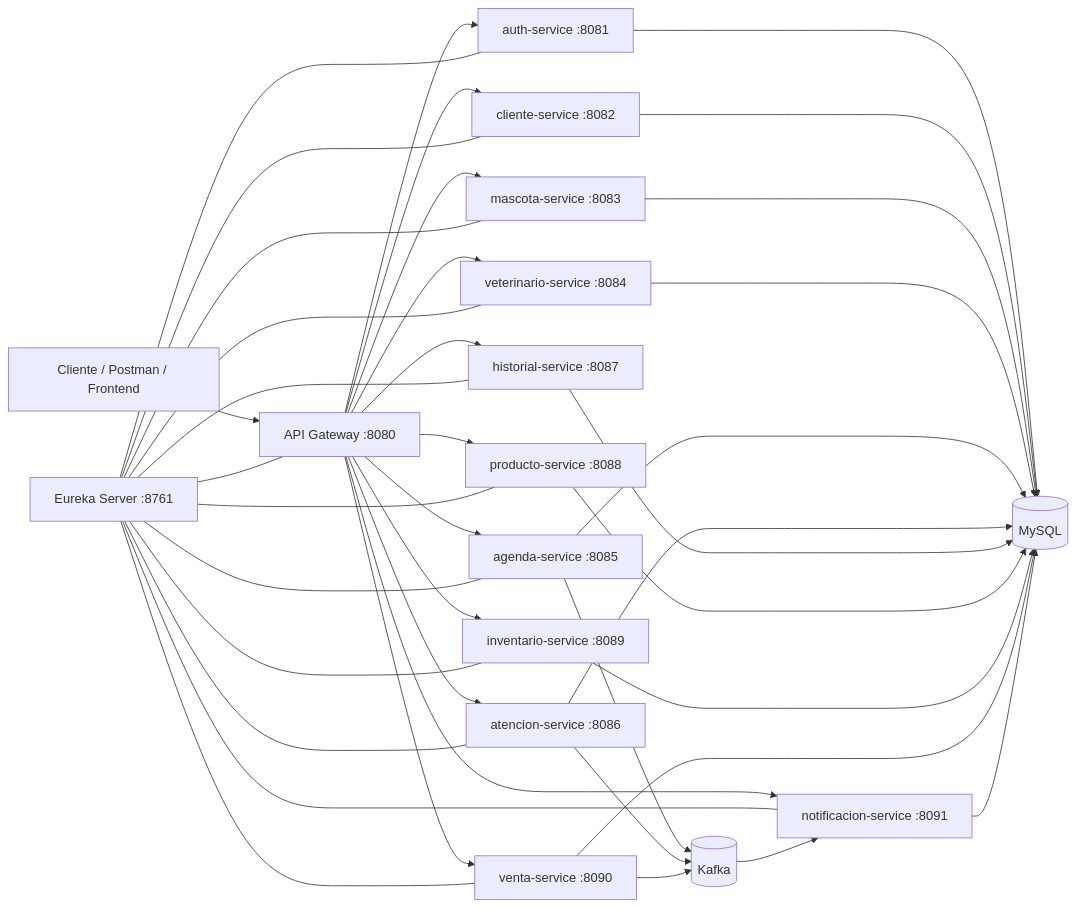
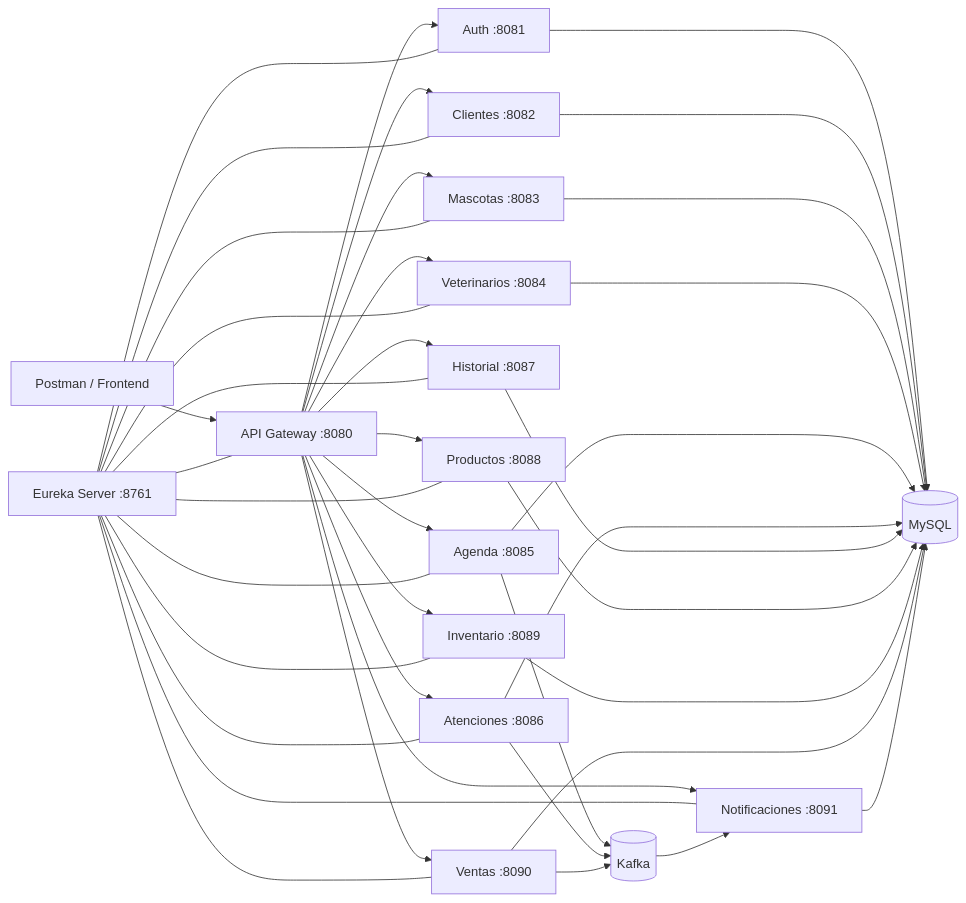
The diagram in README.md (pedroriquelme2019/vetcontrol-microservices), drawn with Mermaid before and after one commit. The commit also changed other lines of this file and 10 other files, not shown here.

````diff
--- a/README.md
+++ b/README.md
@@ -47,45 +57,46 @@
 ```mermaid
 flowchart LR
-    C[Cliente / Postman / Frontend] --> G[API Gateway :8080]
-    G --> A[auth-service :8081]
-    G --> CL[cliente-service :8082]
-    G --> M[mascota-service :8083]
-    G --> V[veterinario-service :8084]
-    G --> AG[agenda-service :8085]
-    G --> AT[atencion-service :8086]
-    G --> H[historial-service :8087]
-    G --> P[producto-service :8088]
-    G --> I[inventario-service :8089]
-    G --> VE[venta-service :8090]
-    G --> N[notificacion-service :8091]
+    U[Postman / Frontend] --> G[API Gateway :8080]
+
+    G --> A[Auth :8081]
+    G --> C[Clientes :8082]
+    G --> M[Mascotas :8083]
+    G --> V[Veterinarios :8084]
+    G --> AG[Agenda :8085]
+    G --> AT[Atenciones :8086]
+    G --> H[Historial :8087]
+    G --> P[Productos :8088]
+    G --> I[Inventario :8089]
+    G --> VE[Ventas :8090]
+    G --> N[Notificaciones :8091]
 
     E[Eureka Server :8761] --- G
     E --- A
-    E --- CL
+    E --- C
     E --- M
     E --- V
     E --- AG
     E --- AT
     E --- H
     E --- P
     E --- I
     E --- VE
     E --- N
 
     AG --> K[(Kafka)]
     AT --> K
     VE --> K
     K --> N
 
     A --> DB[(MySQL)]
-    CL --> DB
+    C --> DB
     M --> DB
     V --> DB
     AG --> DB
     AT --> DB
     H --> DB
     P --> DB
     I --> DB
     VE --> DB
     N --> DB
 ```
````
